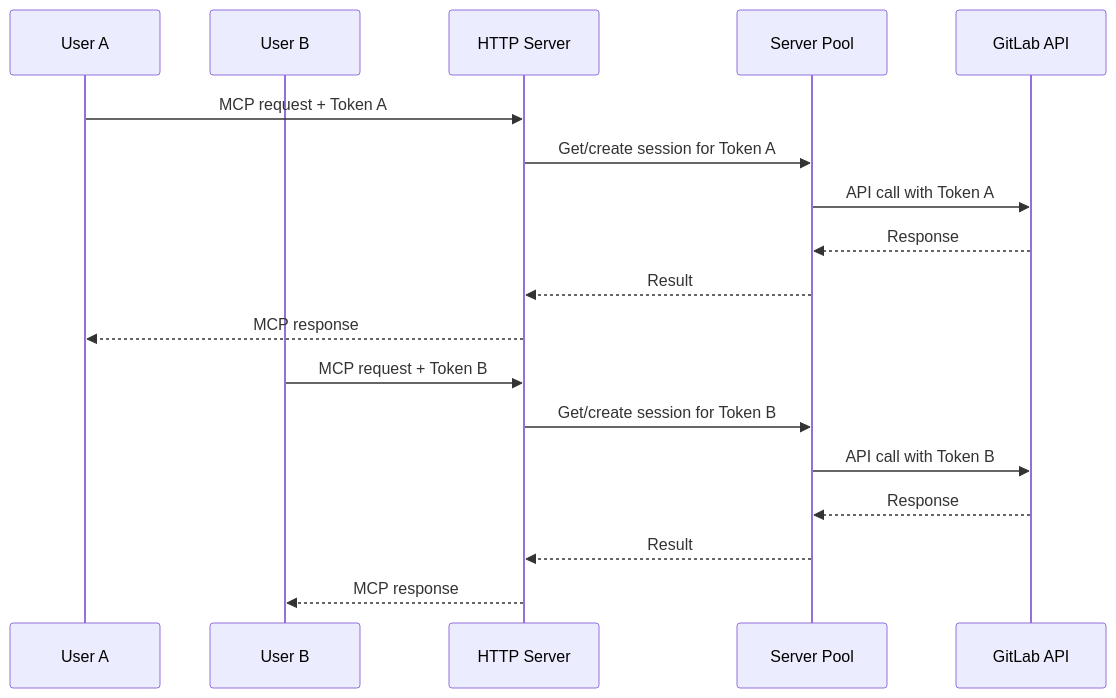
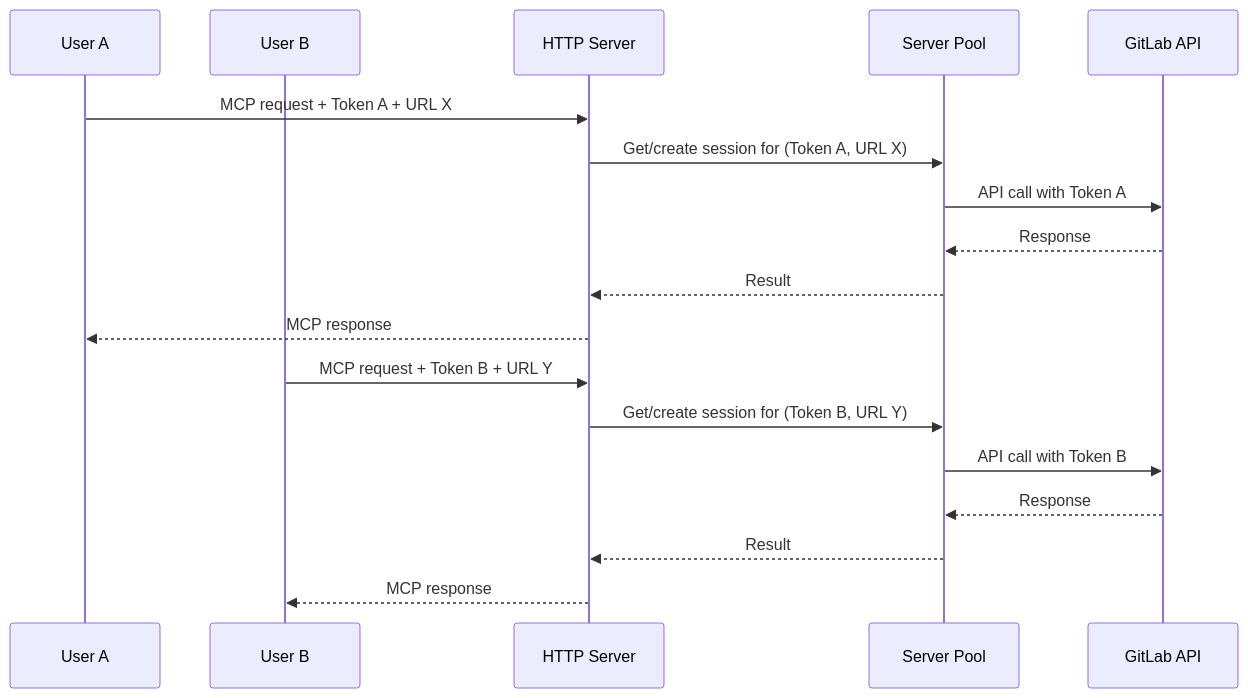
One commit to jmrplens/gitlab-mcp-server changed the third of 4 diagrams in site/src/content/docs/architecture.mdx. Above: the diagram before and after it, drawn with Mermaid. The commit also changed other lines of this file and 36 other files, not shown here.

First line of the commit message:
feat(http): support per-request GitLab URL via GITLAB-URL header and add --trusted-proxy-header (#26)

````diff
--- a/site/src/content/docs/architecture.mdx
+++ b/site/src/content/docs/architecture.mdx
@@ -66,22 +66,22 @@
 ```mermaid
 sequenceDiagram
     participant U1 as User A
     participant U2 as User B
     participant S as HTTP Server
     participant P as Server Pool
     participant GL as GitLab API
 
-    U1->>S: MCP request + Token A
-    S->>P: Get/create session for Token A
+    U1->>S: MCP request + Token A + URL X
+    S->>P: Get/create session for (Token A, URL X)
     P->>GL: API call with Token A
     GL-->>P: Response
     P-->>S: Result
     S-->>U1: MCP response
 
-    U2->>S: MCP request + Token B
-    S->>P: Get/create session for Token B
+    U2->>S: MCP request + Token B + URL Y
+    S->>P: Get/create session for (Token B, URL Y)
     P->>GL: API call with Token B
     GL-->>P: Response
     P-->>S: Result
     S-->>U2: MCP response
 ```
````
